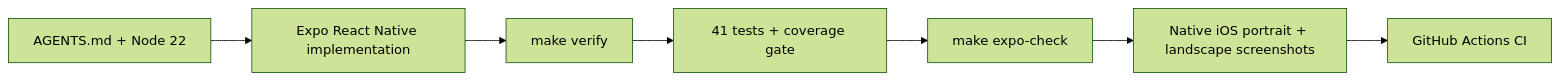
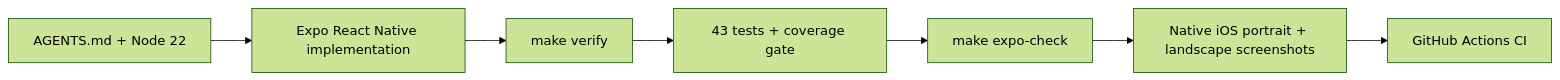
Before and after one commit to jnrahme/GameTimeTest: the second of 2 diagrams in README.md, drawn with Mermaid (forest theme). The commit also changed other lines of this file and 1 other file, not shown here.

Commit message:
Organize README screenshot flow

````diff
--- a/README.md
+++ b/README.md
@@ -145,9 +137,9 @@
 ```mermaid
 flowchart LR
   Rules[AGENTS.md + Node 22] --> Build[Expo React Native implementation]
   Build --> Verify[make verify]
-  Verify --> Coverage[41 tests + coverage gate]
+  Verify --> Coverage[43 tests + coverage gate]
   Coverage --> ExpoCheck[make expo-check]
   ExpoCheck --> Screens[Native iOS portrait + landscape screenshots]
   Screens --> CI[GitHub Actions CI]
 ```
````
